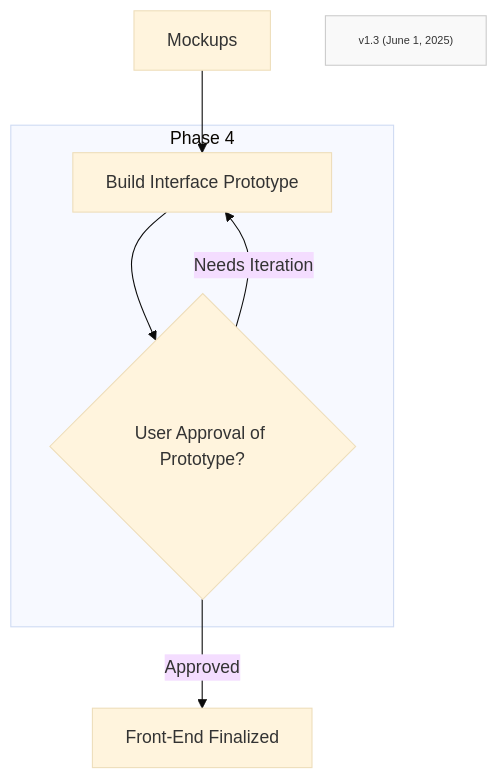
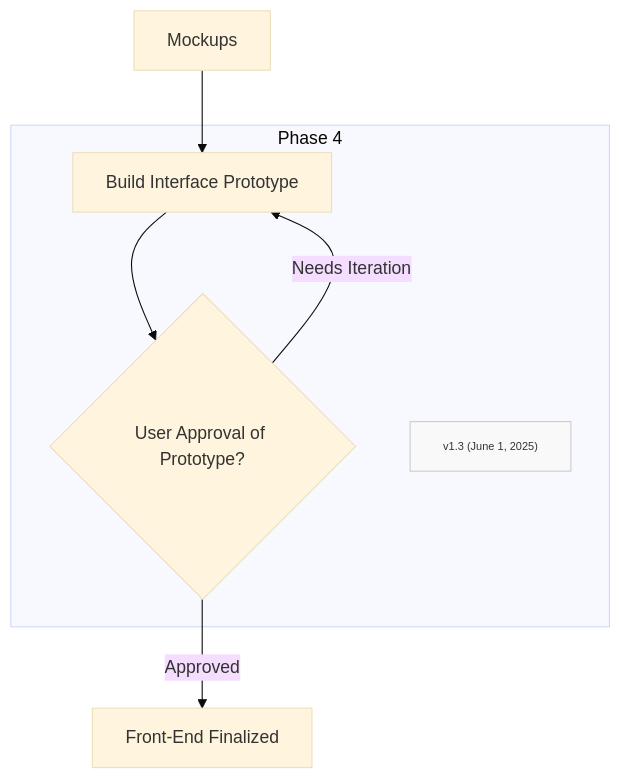
The diagram in Method/FF-phase4.md (Mharbulous/Front-First-Method), drawn with Mermaid (base theme) before and after one commit.

Commit message:
preview version location change

````diff
--- a/Method/FF-phase4.md
+++ b/Method/FF-phase4.md
@@ -2,17 +2,18 @@
 ```mermaid
 graph TD
     
 B1["Mockups"]  --> B2["Build Interface Prototype"] 
 
     subgraph Phase1["Phase 4"]
         B2 --> B3_Val{"User Approval of Prototype?"}
         B3_Val -->|Needs Iteration| B2
+        Version["v1.3 (June 1, 2025)"]
+        classDef version fill:#f9f9f9,stroke:#ccc,font-size:10px
+        class Version version
         
     end
 B3_Val -->|Approved| C_Spec["Front-End Finalized"]
 
-Version["v1.3 (June 1, 2025)"]
-classDef version fill:#f9f9f9,stroke:#ccc,font-size:10px
-class Version version
+
 
 ```
````
